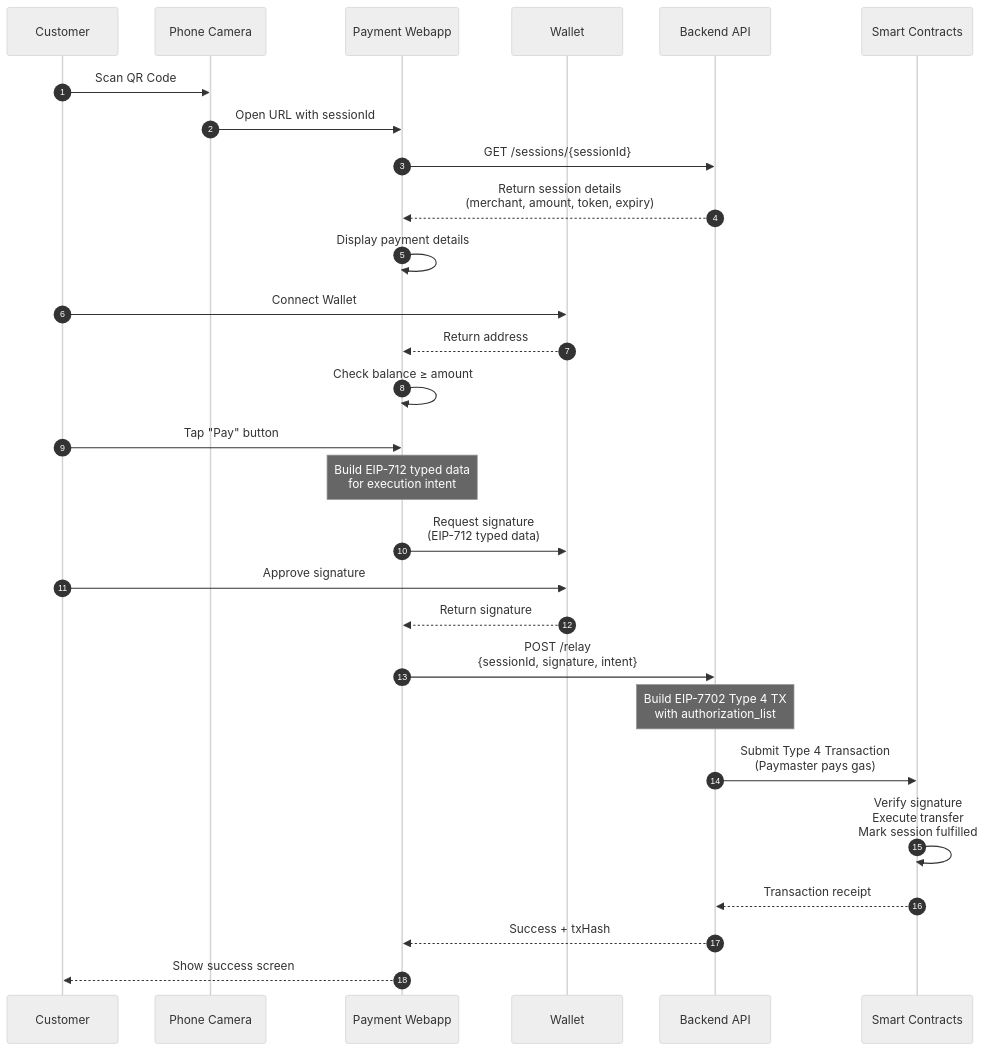
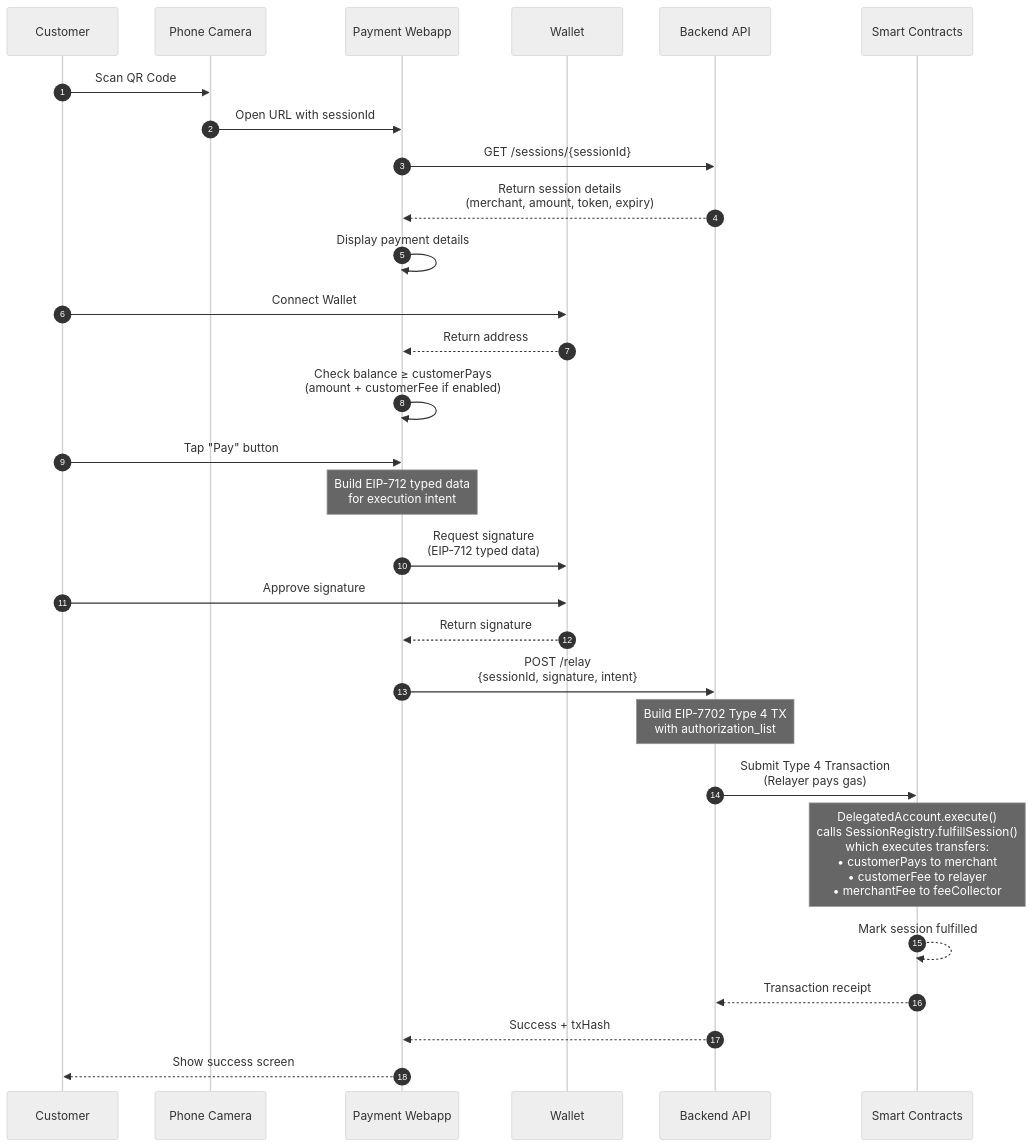
Before and after one commit to BigtoMantraDev/mantraUSD-Pay: the third of 5 diagrams in docs/mantraUSD-Pay-PRD.md, drawn with Mermaid (neutral theme). The commit also changed other lines of this file, not shown here.

````diff
--- a/docs/mantraUSD-Pay-PRD.md
+++ b/docs/mantraUSD-Pay-PRD.md
@@ -204,30 +204,31 @@
 ```mermaid
 sequenceDiagram
     autonumber
     participant C as Customer
     participant Phone as Phone Camera
     participant PWA as Payment Webapp
     participant W as Wallet
     participant BE as Backend API
     participant SC as Smart Contracts
     C ->> Phone: Scan QR Code
     Phone ->> PWA: Open URL with sessionId
     PWA ->> BE: GET /sessions/{sessionId}
     BE -->> PWA: Return session details<br/>(merchant, amount, token, expiry)
     PWA ->> PWA: Display payment details
     C ->> W: Connect Wallet
     W -->> PWA: Return address
-    PWA ->> PWA: Check balance ≥ amount
+    PWA ->> PWA: Check balance ≥ customerPays<br/>(amount + customerFee if enabled)
     C ->> PWA: Tap "Pay" button
     Note over PWA: Build EIP-712 typed data<br/>for execution intent
     PWA ->> W: Request signature<br/>(EIP-712 typed data)
     C ->> W: Approve signature
     W -->> PWA: Return signature
     PWA ->> BE: POST /relay<br/>{sessionId, signature, intent}
     Note over BE: Build EIP-7702 Type 4 TX<br/>with authorization_list
-    BE ->> SC: Submit Type 4 Transaction<br/>(Paymaster pays gas)
-    SC ->> SC: Verify signature<br/>Execute transfer<br/>Mark session fulfilled
+    BE ->> SC: Submit Type 4 Transaction<br/>(Relayer pays gas)
+    Note over SC: DelegatedAccount.execute()<br/>calls SessionRegistry.fulfillSession()<br/>which executes transfers:<br/>• customerPays to merchant<br/>• customerFee to relayer<br/>• merchantFee to feeCollector
+    SC -->> SC: Mark session fulfilled
     SC -->> BE: Transaction receipt
     BE -->> PWA: Success + txHash
     PWA -->> C: Show success screen
 ```
````
